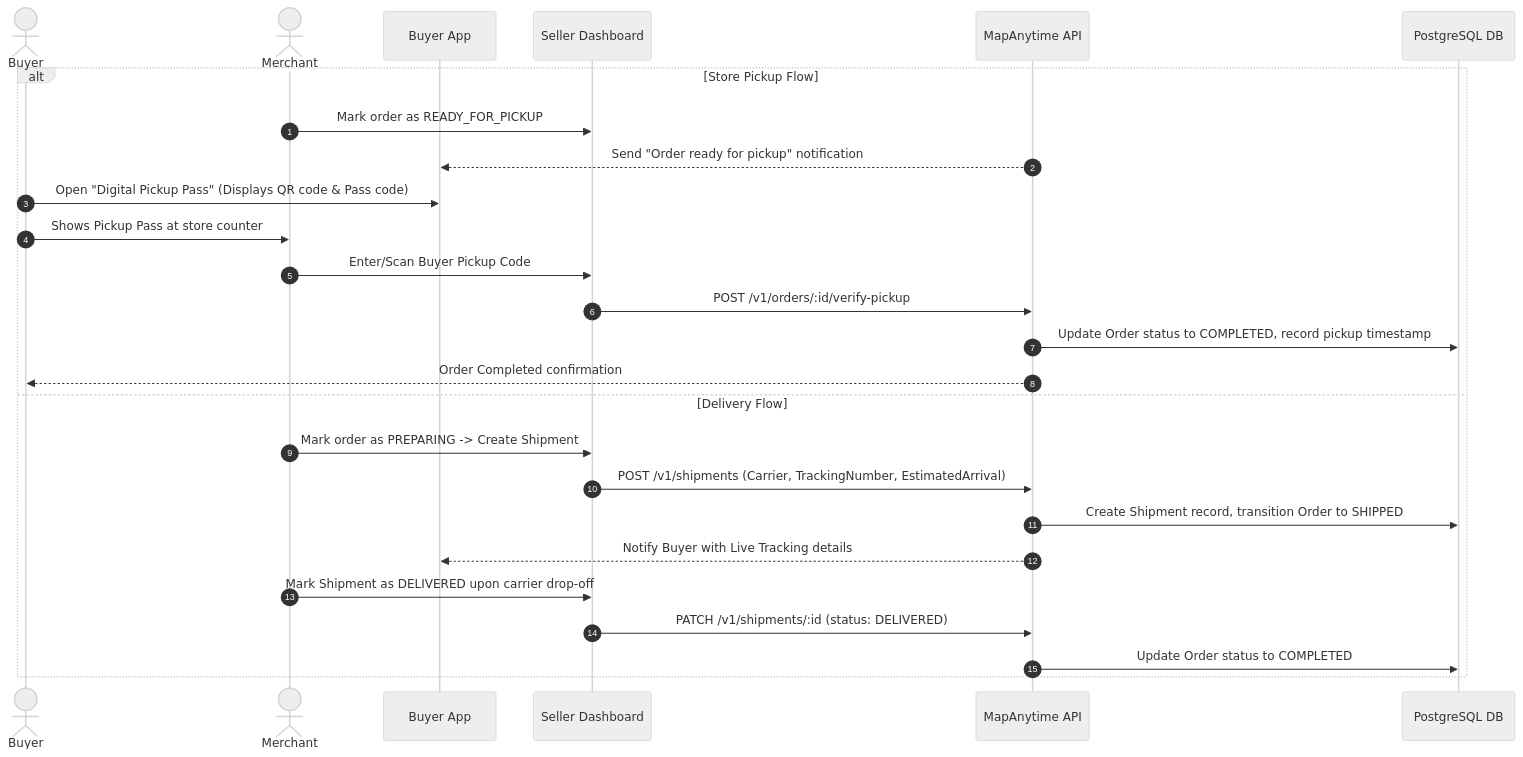
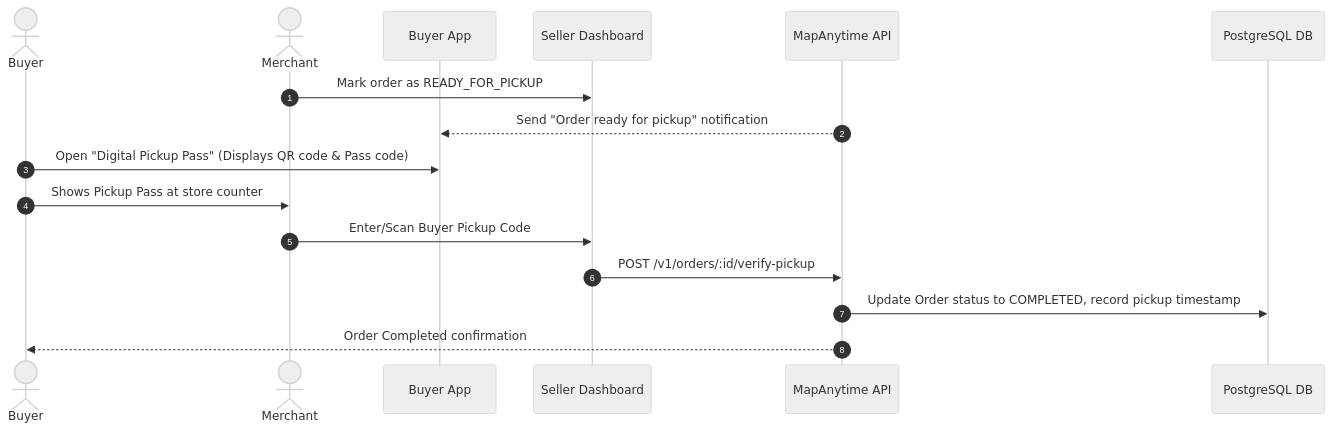
Before and after one commit to FORHU/mapanytime-api: the seventh of 12 diagrams in docs/specs/FEATURES_AND_FLOWS.md, drawn with Mermaid (neutral theme). The commit also changed other lines of this file and 4 other files, not shown here.

````diff
--- a/docs/specs/FEATURES_AND_FLOWS.md
+++ b/docs/specs/FEATURES_AND_FLOWS.md
@@ -324,29 +329,19 @@
 ```mermaid
 sequenceDiagram
     autonumber
     actor Buyer as Buyer
     actor Seller as Merchant
     participant App as Buyer App
     participant Portal as Seller Dashboard
     participant API as MapAnytime API
     participant DB as PostgreSQL DB
 
-    alt Store Pickup Flow
-        Seller->>Portal: Mark order as READY_FOR_PICKUP
-        API-->>App: Send "Order ready for pickup" notification
-        Buyer->>App: Open "Digital Pickup Pass" (Displays QR code & Pass code)
-        Buyer->>Seller: Shows Pickup Pass at store counter
-        Seller->>Portal: Enter/Scan Buyer Pickup Code
-        Portal->>API: POST /v1/orders/:id/verify-pickup
-        API->>DB: Update Order status to COMPLETED, record pickup timestamp
-        API-->>Buyer: Order Completed confirmation
-    else Delivery Flow
-        Seller->>Portal: Mark order as PREPARING -> Create Shipment
-        Portal->>API: POST /v1/shipments (Carrier, TrackingNumber, EstimatedArrival)
-        API->>DB: Create Shipment record, transition Order to SHIPPED
-        API-->>App: Notify Buyer with Live Tracking details
-        Seller->>Portal: Mark Shipment as DELIVERED upon carrier drop-off
-        Portal->>API: PATCH /v1/shipments/:id (status: DELIVERED)
-        API->>DB: Update Order status to COMPLETED
-    end
+    Seller->>Portal: Mark order as READY_FOR_PICKUP
+    API-->>App: Send "Order ready for pickup" notification
+    Buyer->>App: Open "Digital Pickup Pass" (Displays QR code & Pass code)
+    Buyer->>Seller: Shows Pickup Pass at store counter
+    Seller->>Portal: Enter/Scan Buyer Pickup Code
+    Portal->>API: POST /v1/orders/:id/verify-pickup
+    API->>DB: Update Order status to COMPLETED, record pickup timestamp
+    API-->>Buyer: Order Completed confirmation
 ```
````
